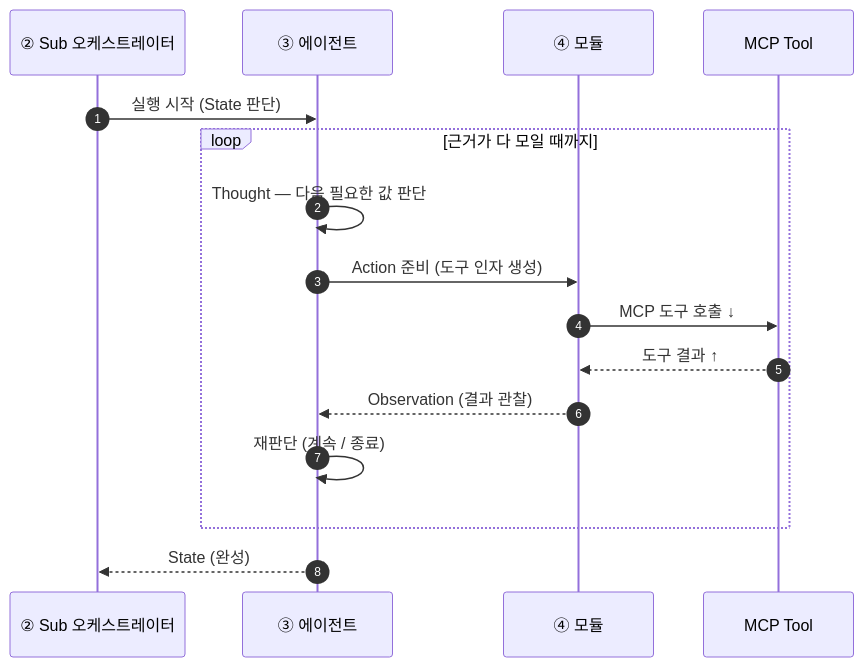
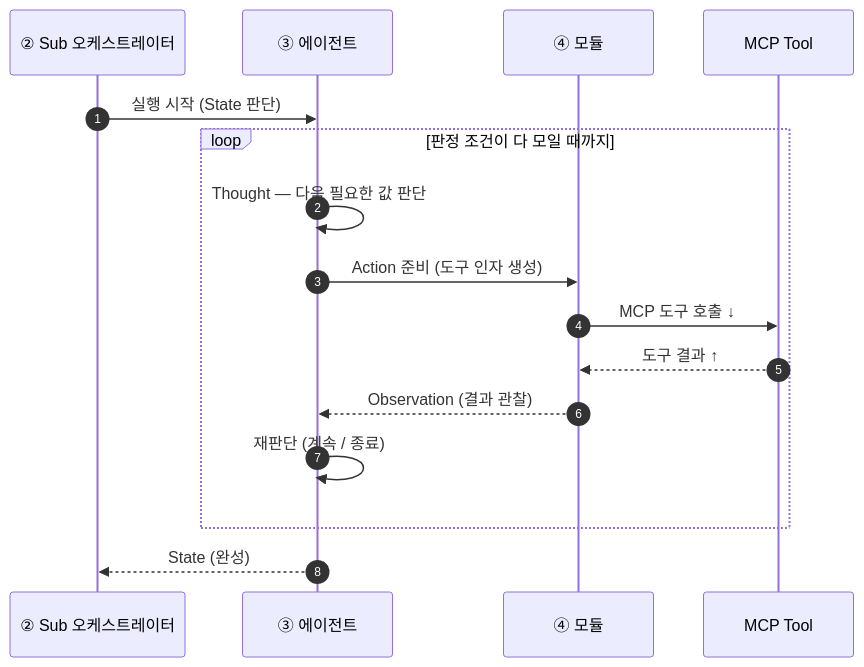
One commit to madlrengg100/permit-copilot changed the fourth of 7 diagrams in docs/MCP-AGENT-SEQUENCE1.md. Above: the diagram before and after it, drawn with Mermaid. The commit also changed other lines of this file, not shown here.

Commit message:
docs(MCP-AGENT-SEQUENCE1): DB 연계도·온톨로지·ReAct 기능순서·용어 정리

````diff
--- a/docs/MCP-AGENT-SEQUENCE1.md
+++ b/docs/MCP-AGENT-SEQUENCE1.md
@@ -128,19 +161,19 @@
 ```mermaid
 sequenceDiagram
     autonumber
     participant SO as ② Sub 오케스트레이터
     participant AG as ③ 에이전트
     participant MO as ④ 모듈
     participant T as MCP Tool
 
     SO->>AG: 실행 시작 (State 판단)
-    loop 근거가 다 모일 때까지
+    loop 판정 조건이 다 모일 때까지
         AG->>AG: Thought — 다음 필요한 값 판단
         AG->>MO: Action 준비 (도구 인자 생성)
         MO->>T: MCP 도구 호출 ↓
         T-->>MO: 도구 결과 ↑
         MO-->>AG: Observation (결과 관찰)
         AG->>AG: 재판단 (계속 / 종료)
     end
     AG-->>SO: State (완성)
 ```
````
